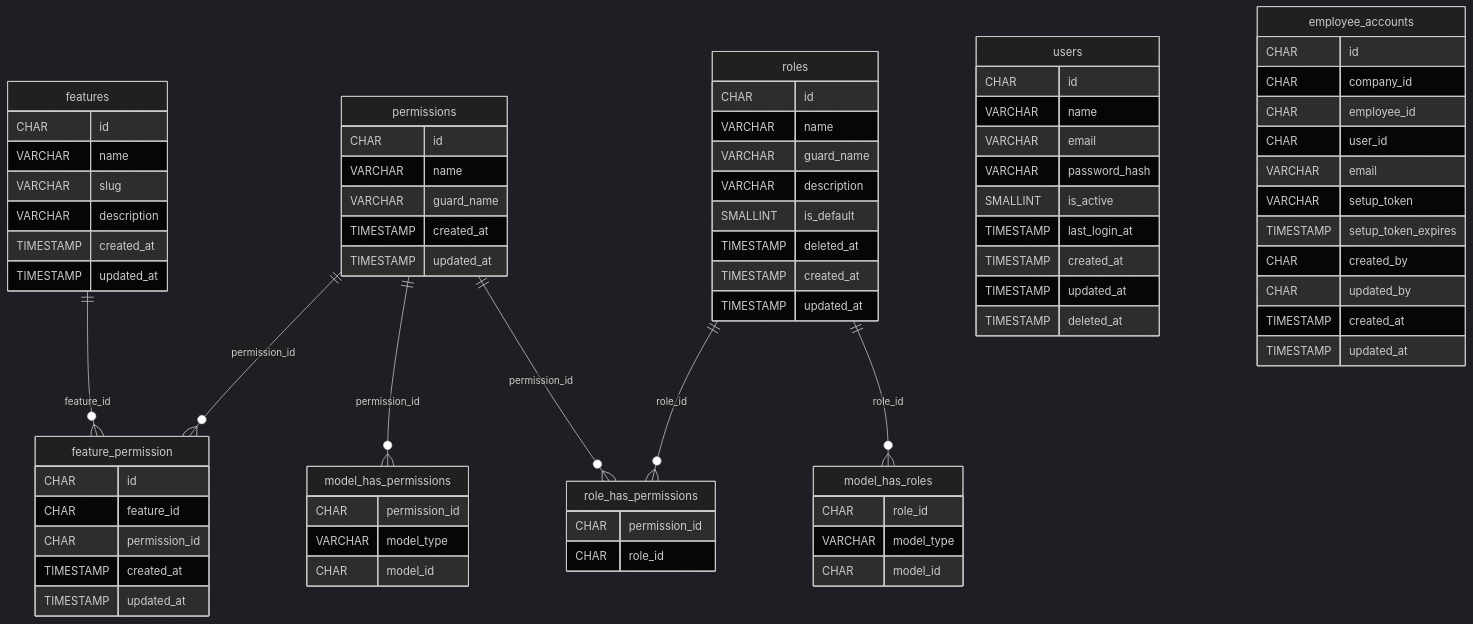
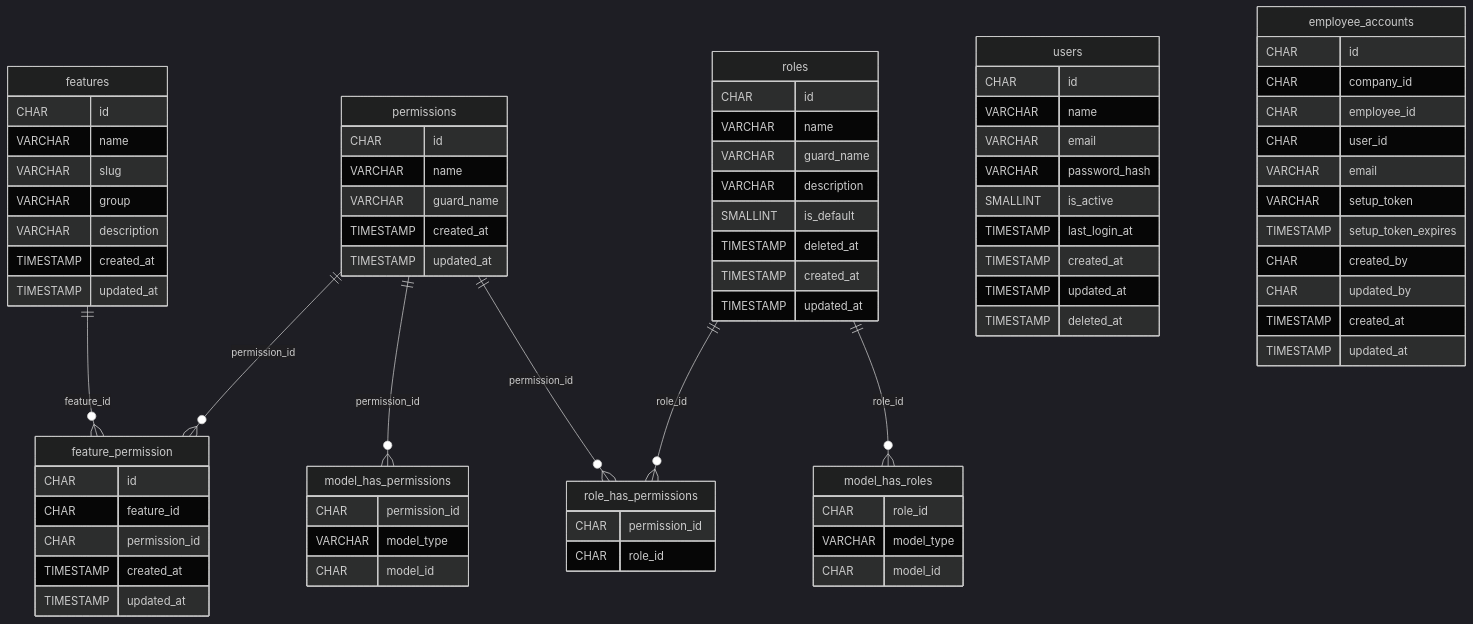
Diagram 11 of 19 in docs/database-schema.md (Inthros-Jagotama/inthros-hris-platform), drawn with Mermaid (dark theme) before and after one commit. The commit also changed other lines of this file and 27 other files, not shown here.

````diff
--- a/docs/database-schema.md
+++ b/docs/database-schema.md
@@ -1944,79 +1985,80 @@
 ```mermaid
 erDiagram
     features {
         CHAR id
         VARCHAR name
         VARCHAR slug
+        VARCHAR group
         VARCHAR description
         TIMESTAMP created_at
         TIMESTAMP updated_at
     }
     permissions {
         CHAR id
         VARCHAR name
         VARCHAR guard_name
         TIMESTAMP created_at
         TIMESTAMP updated_at
     }
     roles {
         CHAR id
         VARCHAR name
         VARCHAR guard_name
         VARCHAR description
         SMALLINT is_default
         TIMESTAMP deleted_at
         TIMESTAMP created_at
         TIMESTAMP updated_at
     }
     feature_permission {
         CHAR id
         CHAR feature_id
         CHAR permission_id
         TIMESTAMP created_at
         TIMESTAMP updated_at
     }
     model_has_roles {
         CHAR role_id
         VARCHAR model_type
         CHAR model_id
     }
     model_has_permissions {
         CHAR permission_id
         VARCHAR model_type
         CHAR model_id
     }
     role_has_permissions {
         CHAR permission_id
         CHAR role_id
     }
     users {
         CHAR id
         VARCHAR name
         VARCHAR email
         VARCHAR password_hash
         SMALLINT is_active
         TIMESTAMP last_login_at
         TIMESTAMP created_at
         TIMESTAMP updated_at
         TIMESTAMP deleted_at
     }
     employee_accounts {
         CHAR id
         CHAR company_id
         CHAR employee_id
         CHAR user_id
         VARCHAR email
         VARCHAR setup_token
         TIMESTAMP setup_token_expires
         CHAR created_by
         CHAR updated_by
         TIMESTAMP created_at
         TIMESTAMP updated_at
     }
     features ||--o{ feature_permission : "feature_id"
     permissions ||--o{ feature_permission : "permission_id"
     roles ||--o{ model_has_roles : "role_id"
     permissions ||--o{ model_has_permissions : "permission_id"
     permissions ||--o{ role_has_permissions : "permission_id"
     roles ||--o{ role_has_permissions : "role_id"
 ```
````
